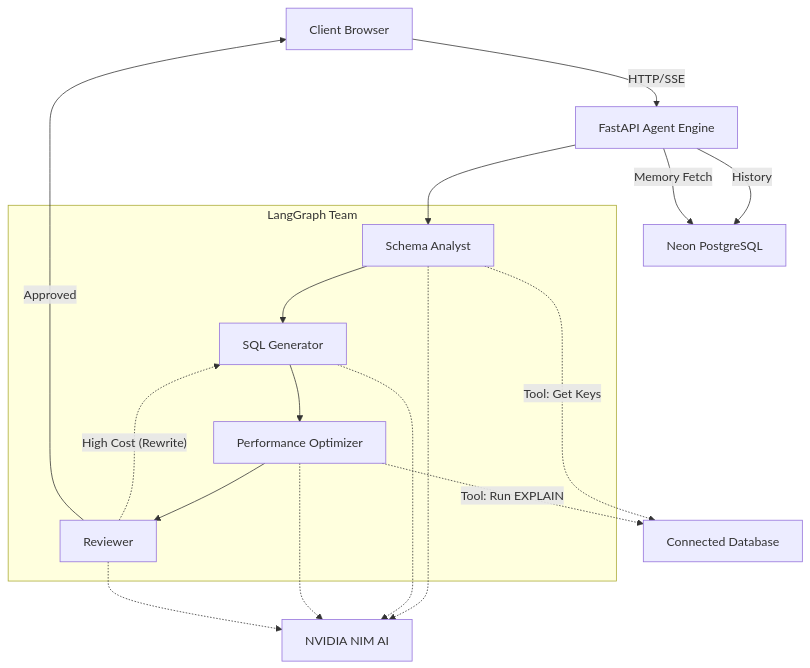
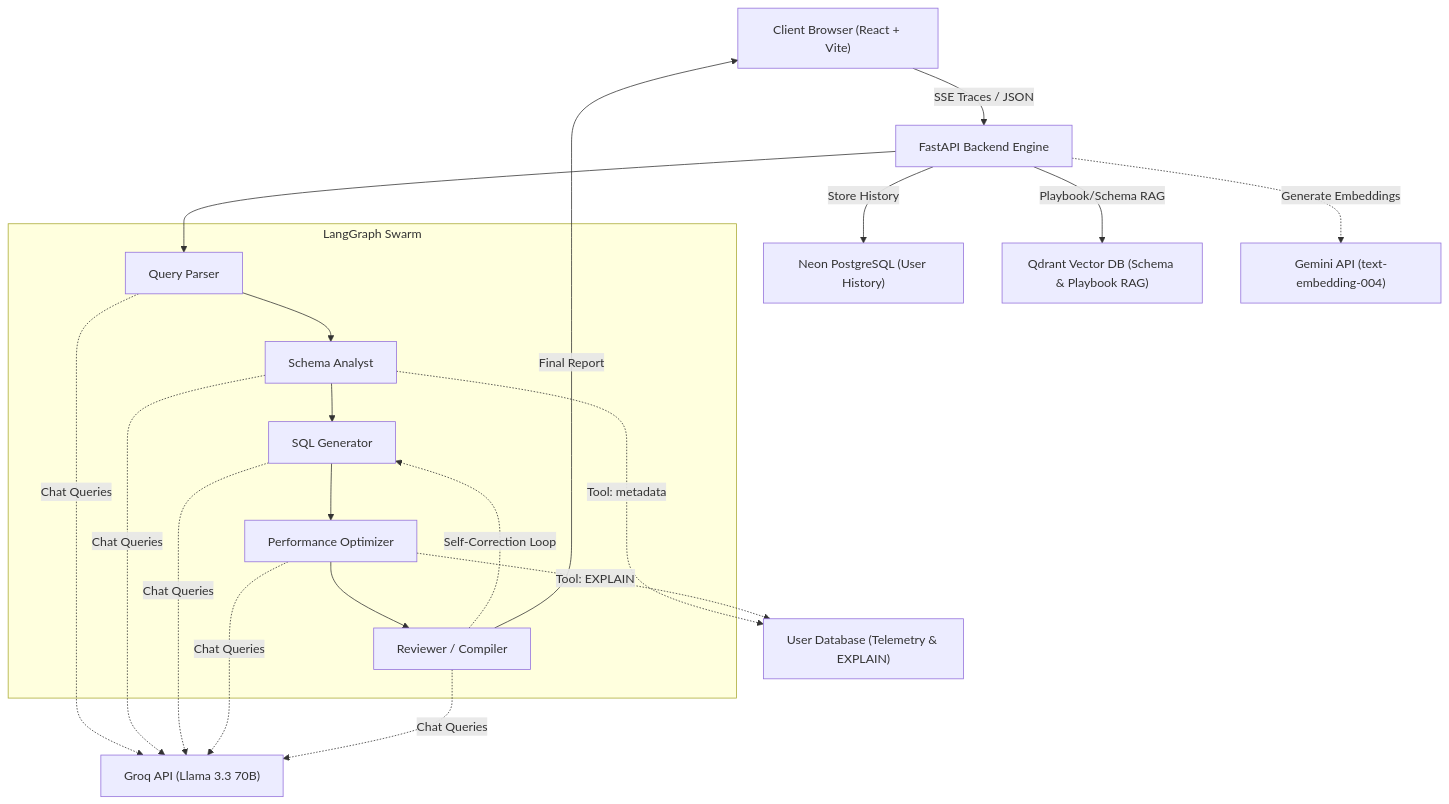
Before and after one commit to rishabhsingh8445/query-sage: the diagram in README.md, drawn with Mermaid. The commit also changed other lines of this file, not shown here.

Commit message:
docs: rewrite README.md from scratch with new V2 architecture, accurate API Keys, and setup instructions

````diff
--- a/README.md
+++ b/README.md
@@ -48,34 +39,40 @@
 ```mermaid
 graph TD
     %% Core Nodes
-    Client["Client Browser"]
-    PythonAPI["FastAPI Agent Engine"]
-    Neon["Neon PostgreSQL"]
-    LLM["NVIDIA NIM AI"]
-    LiveDB["Connected Database"]
+    Client["Client Browser (React + Vite)"]
+    PythonAPI["FastAPI Backend Engine"]
+    Neon["Neon PostgreSQL (User History)"]
+    Qdrant["Qdrant Vector DB (Schema & Playbook RAG)"]
+    LLM["Groq API (Llama 3.3 70B)"]
+    Embed["Gemini API (text-embedding-004)"]
+    LiveDB["User Database (Telemetry & EXPLAIN)"]
 
     %% LangGraph Agents
-    subgraph "LangGraph Team"
+    subgraph "LangGraph Swarm"
+        Parser["Query Parser"]
         Schema["Schema Analyst"]
         Gen["SQL Generator"]
         Opt["Performance Optimizer"]
-        Rev["Reviewer"]
+        Rev["Reviewer / Compiler"]
     end
 
     %% Edges
-    Client -->|"HTTP/SSE"| PythonAPI
-    PythonAPI -->|"History"| Neon
-    PythonAPI -->|"Memory Fetch"| Neon
-    PythonAPI --> Schema
+    Client -->|"SSE Traces / JSON"| PythonAPI
+    PythonAPI -->|"Store History"| Neon
+    PythonAPI -->|"Playbook/Schema RAG"| Qdrant
+    PythonAPI --> Parser
+    Parser --> Schema
     Schema --> Gen
     Gen --> Opt
     Opt --> Rev
-    Rev -.->|"High Cost (Rewrite)"| Gen
-    Rev -->|"Approved"| Client
-    Schema -.->|"Tool: Get Keys"| LiveDB
-    Opt -.->|"Tool: Run EXPLAIN"| LiveDB
-    Schema -.-> LLM
-    Gen -.-> LLM
-    Opt -.-> LLM
-    Rev -.-> LLM
+    Rev -.->|"Self-Correction Loop"| Gen
+    Rev -->|"Final Report"| Client
+    
+    %% API Integrations
+    Schema -.->|"Tool: metadata"| LiveDB
+    Opt -.->|"Tool: EXPLAIN"| LiveDB
+    
+    %% Core LLM/Embedding calls
+    Parser & Schema & Gen & Opt & Rev -.->|"Chat Queries"| LLM
+    PythonAPI -.->|"Generate Embeddings"| Embed
 ```
````
